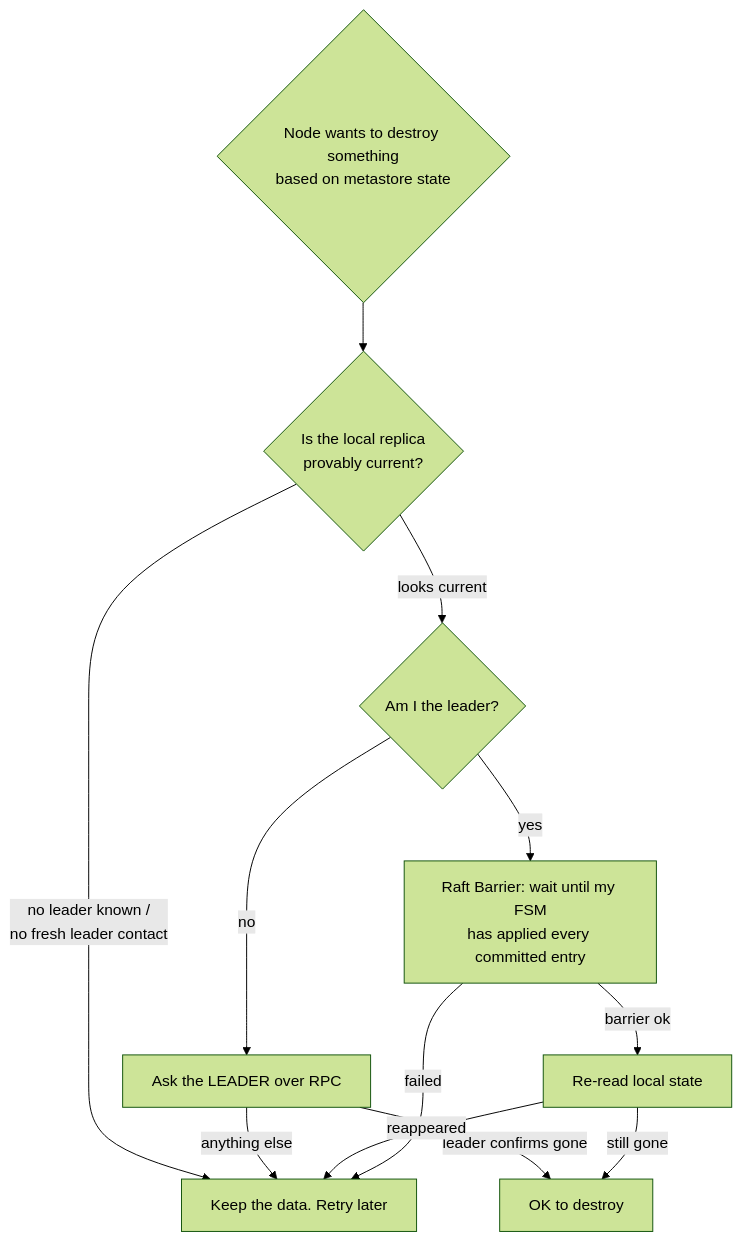
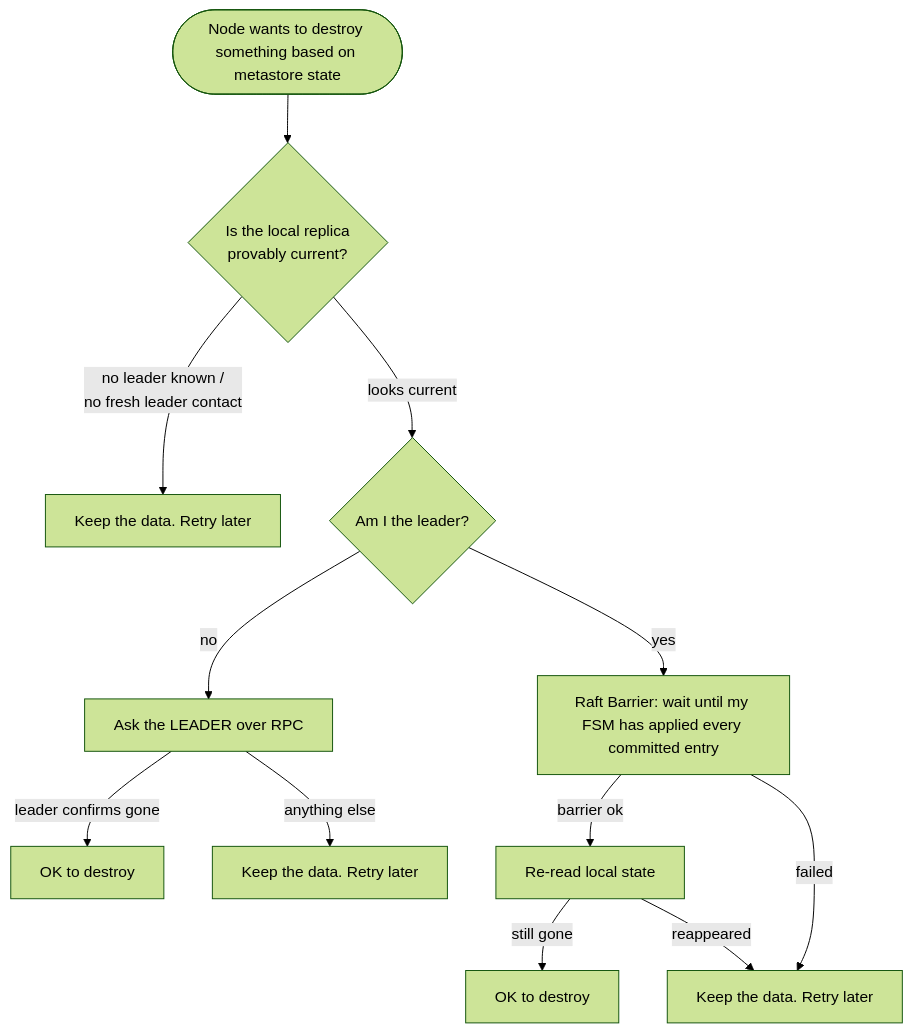
One commit to DebanganThakuria/narad changed the second of 2 diagrams in docs/understand/metastore-and-raft.md. Above: the diagram before and after it, drawn with Mermaid (forest theme). The commit also changed 6 other files, not shown here.

First line of the commit message:
docs: fix the local AUTH value, two diagrams and one-line response bodies

````diff
--- a/docs/understand/metastore-and-raft.md
+++ b/docs/understand/metastore-and-raft.md
@@ -47,16 +47,16 @@
 ```mermaid
 flowchart TD
     accTitle: Deciding whether a node may destroy data
     accDescr: A node that wants to destroy something based on metastore state first asks whether its local replica is provably current. If no leader is known or there was no recent leader contact, it keeps the data and retries later. If it looks current and the node is not the leader, it asks the leader over RPC, and destroys only if the leader confirms the thing is gone. If the node is the leader, it runs a Raft barrier until its state machine has applied every committed entry, then reads its local state again, and destroys only if the thing is still gone. Any other outcome keeps the data.
-    Q{Node wants to destroy something<br/>based on metastore state} --> A{Is the local replica<br/>provably current?}
-    A -->|"no leader known /<br/>no fresh leader contact"| KEEP[Keep the data. Retry later]
+    Q([Node wants to destroy something based on metastore state]) --> A{Is the local replica<br/>provably current?}
+    A -->|"no leader known /<br/>no fresh leader contact"| KEEP0[Keep the data. Retry later]
     A -->|looks current| B{Am I the leader?}
     B -->|no| RPC[Ask the LEADER over RPC]
-    RPC -->|leader confirms gone| DEL[OK to destroy]
-    RPC -->|anything else| KEEP
-    B -->|yes| BAR["Raft Barrier: wait until my FSM<br/>has applied every committed entry"]
+    RPC -->|leader confirms gone| DEL1[OK to destroy]
+    RPC -->|anything else| KEEP1[Keep the data. Retry later]
+    B -->|yes| BAR["Raft Barrier: wait until my FSM has applied every committed entry"]
     BAR -->|barrier ok| REREAD[Re-read local state]
-    REREAD -->|still gone| DEL
-    REREAD -->|reappeared| KEEP
-    BAR -->|failed| KEEP
+    REREAD -->|still gone| DEL2[OK to destroy]
+    REREAD -->|reappeared| KEEP2[Keep the data. Retry later]
+    BAR -->|failed| KEEP2
 ```
````
